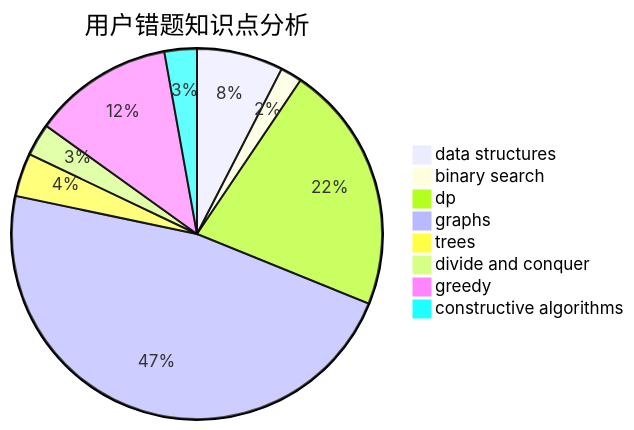
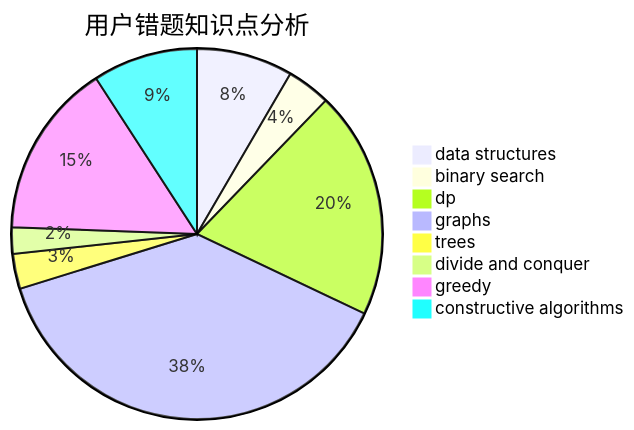
One commit to sherpahu/cfrs.github.io changed the third of 3 diagrams in docs/user/u118.md. Above: the diagram before and after it, drawn with Mermaid. The commit also changed other lines of this file and 2770 other files, not shown here.

````diff
--- a/docs/user/u118.md
+++ b/docs/user/u118.md
@@ -36,11 +36,11 @@
 ```mermaid
 pie title 用户错题知识点分析
-    "data structures" :  8
-    "binary search" :  2
-    "dp" :  23
+    "data structures" :  11
+    "binary search" :  5
+    "dp" :  26
     "graphs" :  50
     "trees" :  4
     "divide and conquer" :  3
-    "greedy" :  13
-    "constructive algorithms" :  3
+    "greedy" :  20
+    "constructive algorithms" :  12
 ```
````
